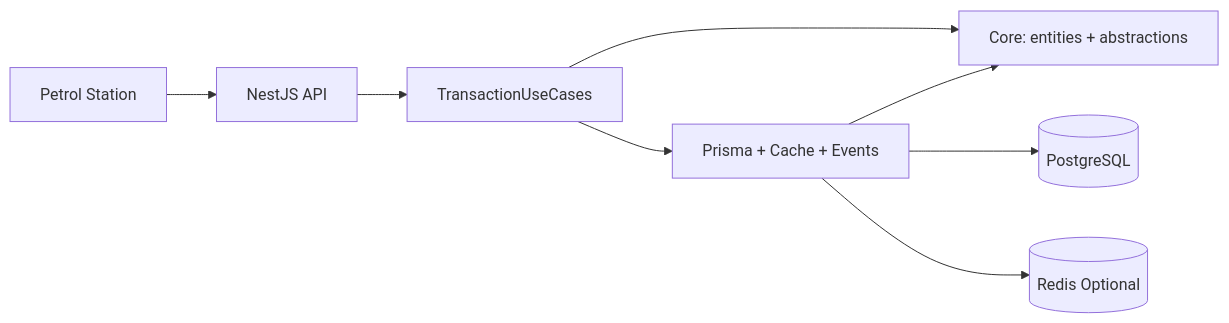
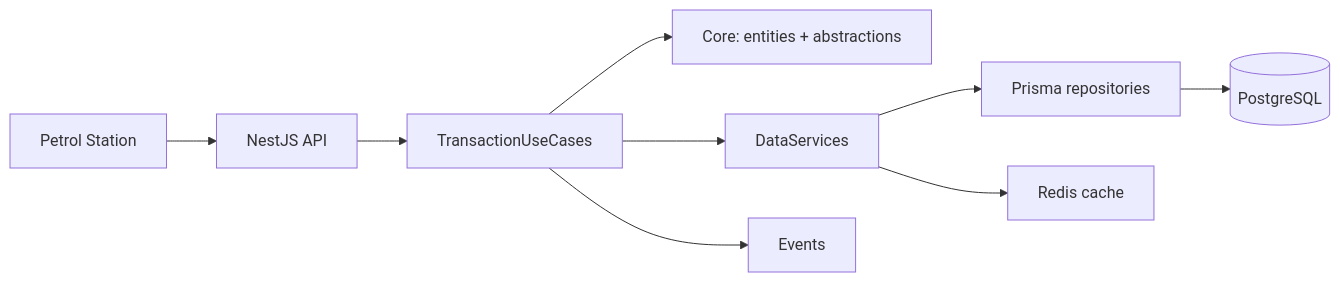
The third of 3 diagrams in docs/system-design.md (radyatamaa/myfuel-transaction-processor), drawn with Mermaid before and after one commit. The commit also changed other lines of this file and 1 other file, not shown here.

````diff
--- a/docs/system-design.md
+++ b/docs/system-design.md
@@ -135,10 +138,11 @@
 ```mermaid
 flowchart LR
   ST[Petrol Station] --> API[NestJS API]
   API --> UC[TransactionUseCases]
   UC --> CORE[Core: entities + abstractions]
-  UC --> INFRA[Prisma + Cache + Events]
-  INFRA --> CORE
-  INFRA --> DB[(PostgreSQL)]
-  INFRA --> REDIS[(Redis Optional)]
+  UC --> DS[DataServices]
+  DS --> PRISMA[Prisma repositories]
+  DS --> REDIS[Redis cache]
+  UC --> EV[Events]
+  PRISMA --> DB[(PostgreSQL)]
 ```
````
